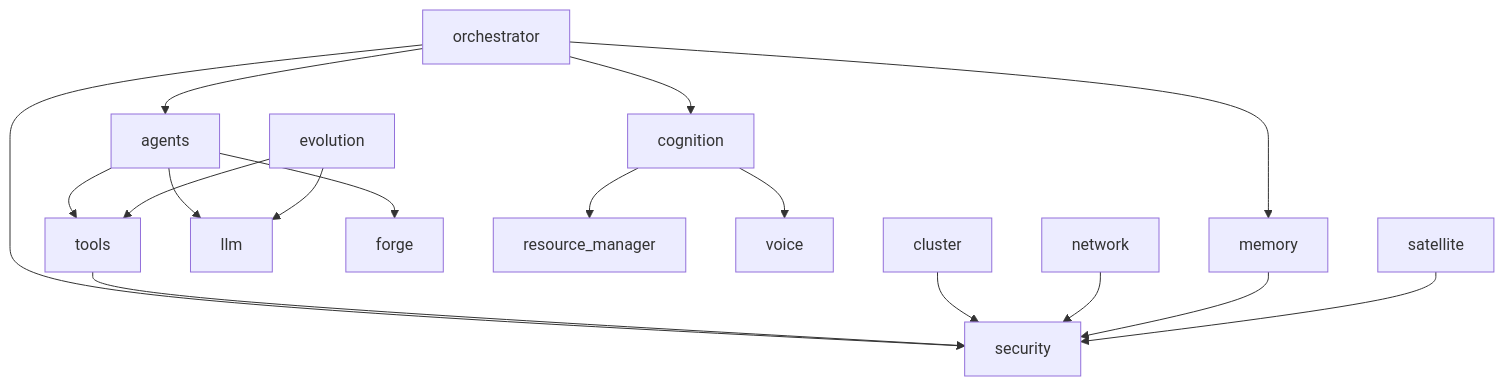
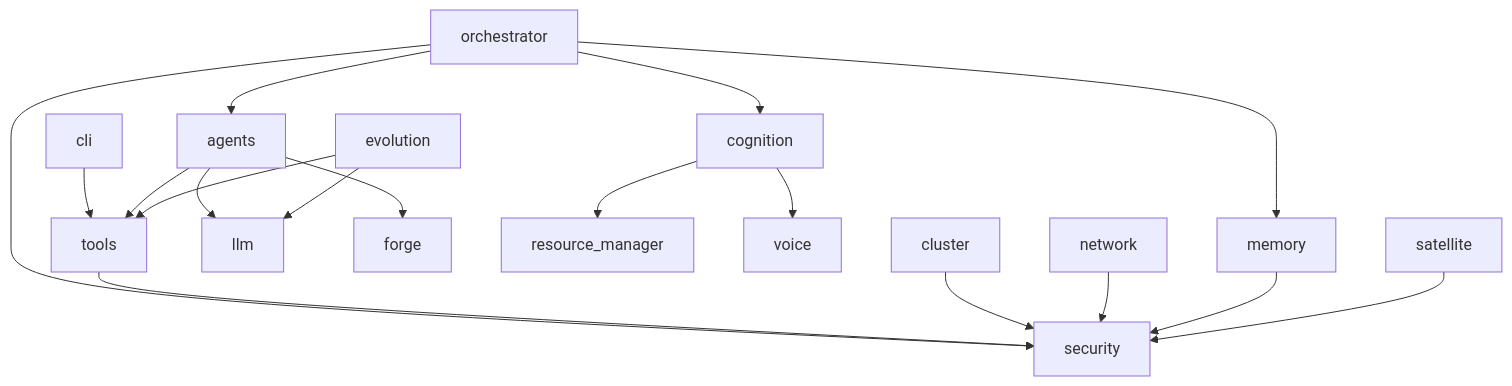
Before and after one commit to SAGBO4/FreeAi: the diagram in docs/architecture/packages.md, drawn with Mermaid. The commit also changed other lines of this file and 11 other files, not shown here.

````diff
--- a/docs/architecture/packages.md
+++ b/docs/architecture/packages.md
@@ -22,19 +23,20 @@
 ```mermaid
 flowchart TD
     orchestrator --> agents
     orchestrator --> memory
     orchestrator --> cognition
     orchestrator --> security
+    cli --> tools
     agents --> tools
     agents --> llm
     agents --> forge
     evolution --> tools
     evolution --> llm
     cognition --> resource_manager
     cognition --> voice
     tools --> security
     cluster --> security
     network --> security
     memory --> security
     satellite --> security
 ```
````
